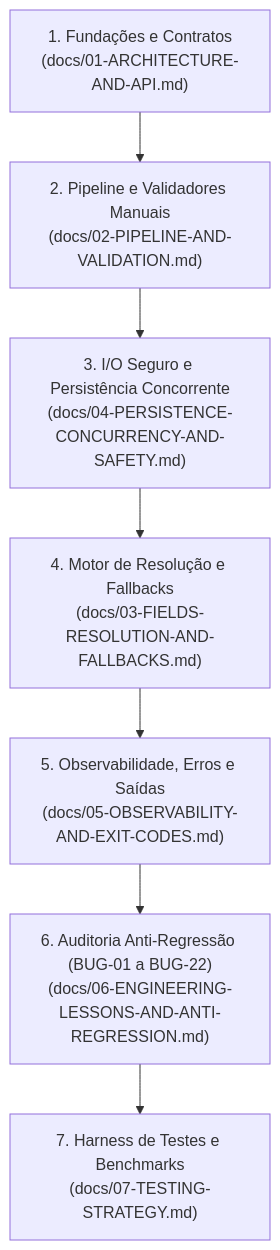
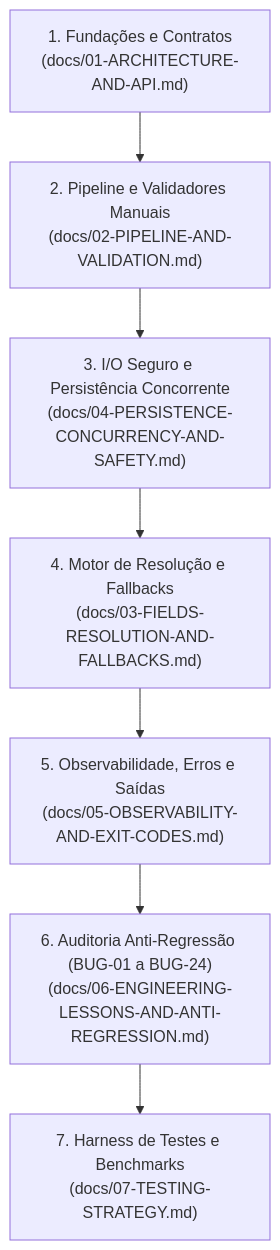
The diagram in docs/00-INDEX.md (patrickbrandao/go-loghub-ident), drawn with Mermaid before and after one commit. The commit also changed other lines of this file and 22 other files, not shown here.

````diff
--- a/docs/00-INDEX.md
+++ b/docs/00-INDEX.md
@@ -29,9 +29,9 @@
 ```mermaid
 flowchart TD
     Step1["1. Fundações e Contratos<br>(docs/01-ARCHITECTURE-AND-API.md)"] --> Step2["2. Pipeline e Validadores Manuais<br>(docs/02-PIPELINE-AND-VALIDATION.md)"]
     Step2 --> Step3["3. I/O Seguro e Persistência Concorrente<br>(docs/04-PERSISTENCE-CONCURRENCY-AND-SAFETY.md)"]
     Step3 --> Step4["4. Motor de Resolução e Fallbacks<br>(docs/03-FIELDS-RESOLUTION-AND-FALLBACKS.md)"]
     Step4 --> Step5["5. Observabilidade, Erros e Saídas<br>(docs/05-OBSERVABILITY-AND-EXIT-CODES.md)"]
-    Step5 --> Step6["6. Auditoria Anti-Regressão (BUG-01 a BUG-22)<br>(docs/06-ENGINEERING-LESSONS-AND-ANTI-REGRESSION.md)"]
+    Step5 --> Step6["6. Auditoria Anti-Regressão (BUG-01 a BUG-24)<br>(docs/06-ENGINEERING-LESSONS-AND-ANTI-REGRESSION.md)"]
     Step6 --> Step7["7. Harness de Testes e Benchmarks<br>(docs/07-TESTING-STRATEGY.md)"]
 ```
````
